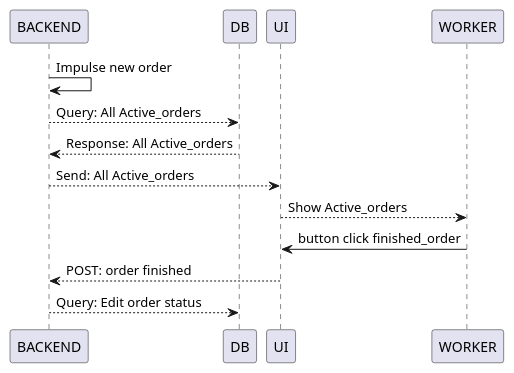
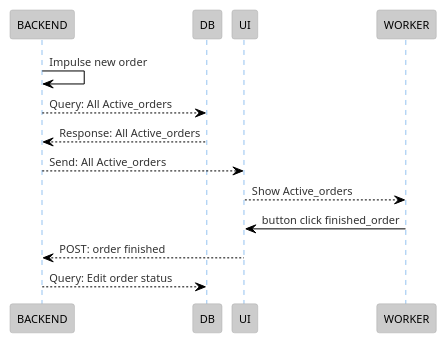
The diagram in PlantUML/logic-worker.puml (ubarcturus/table-order), drawn with PlantUML before and after one commit. The commit also changed 2 other files, not shown here.

Commit message:
PlantUML

```diff
--- a/PlantUML/logic-worker.puml
+++ b/PlantUML/logic-worker.puml
@@ -1,12 +1,13 @@
 @startuml
+!theme reddress-lightblue
 
 BACKEND -> BACKEND: Impulse new order
 DB <-- BACKEND: Query: All Active_orders
 DB --> BACKEND: Response: All Active_orders
 UI <-- BACKEND: Send: All Active_orders
 UI --> WORKER: Show Active_orders
 WORKER -> UI: button click finished_order
 
 UI --> BACKEND: POST: order finished
 BACKEND --> DB: Query: Edit order status
 @enduml
```
